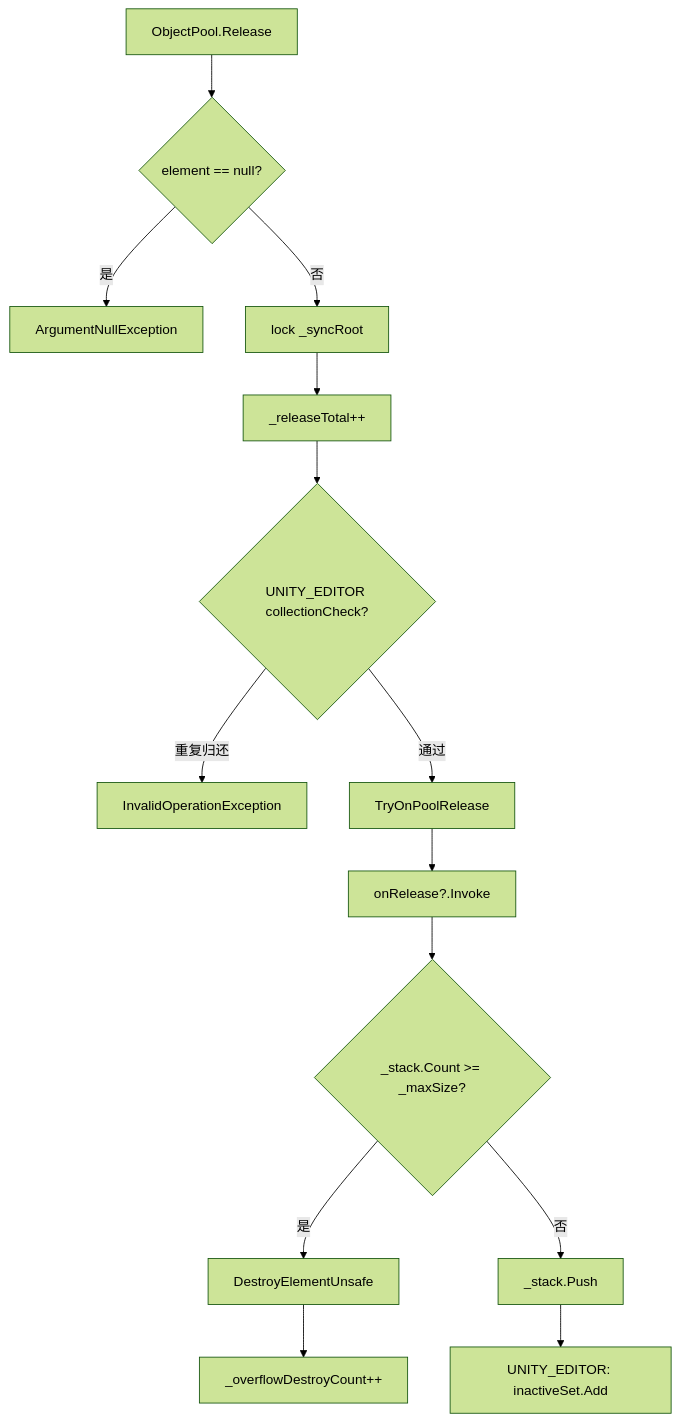
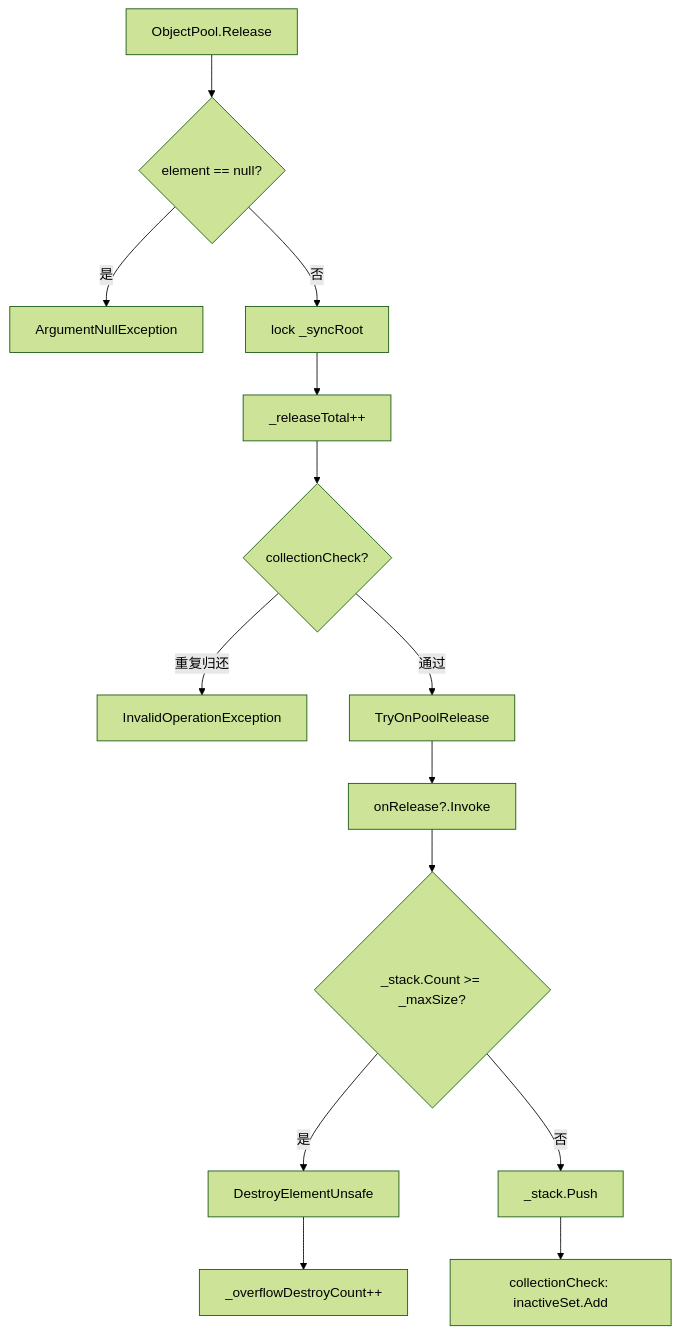
Before and after one commit to HOBOBO/AbilityKit: the third of 10 diagrams in Docs/design/05-CommonModules/02-ObjectPool.md, drawn with Mermaid (forest theme). The commit also changed other lines of this file and 537 other files, not shown here.

````diff
--- a/Docs/design/05-CommonModules/02-ObjectPool.md
+++ b/Docs/design/05-CommonModules/02-ObjectPool.md
@@ -169,16 +178,16 @@
 ```mermaid
 flowchart TB
     Start["ObjectPool<T>.Release"] --> Null{element == null?}
     Null -->|是| ThrowNull["ArgumentNullException"]
     Null -->|否| Lock["lock _syncRoot"]
     Lock --> Inc["_releaseTotal++"]
-    Inc --> Check{UNITY_EDITOR collectionCheck?}
+    Inc --> Check{collectionCheck?}
     Check -->|重复归还| ThrowDouble["InvalidOperationException"]
     Check -->|通过| PoolRelease["TryOnPoolRelease"]
     PoolRelease --> OnRelease["onRelease?.Invoke"]
     OnRelease --> Full{"_stack.Count >= _maxSize?"}
     Full -->|是| Destroy["DestroyElementUnsafe"]
     Destroy --> Overflow["_overflowDestroyCount++"]
     Full -->|否| Push["_stack.Push"]
-    Push --> EditorAdd["UNITY_EDITOR: inactiveSet.Add"]
+    Push --> InactiveAdd["collectionCheck: inactiveSet.Add"]
 ```
````
